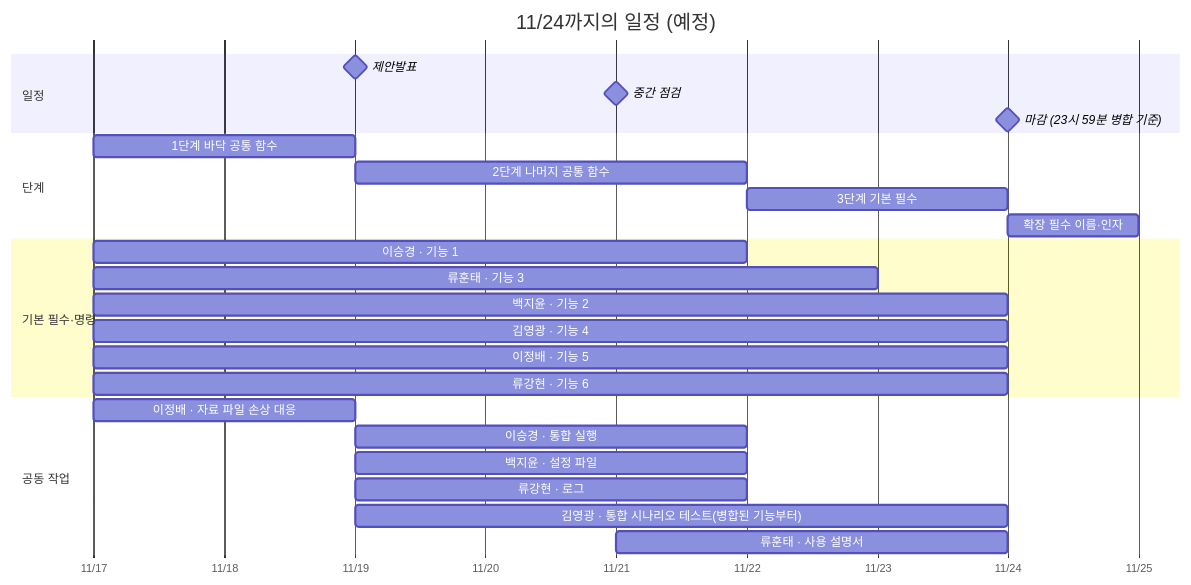
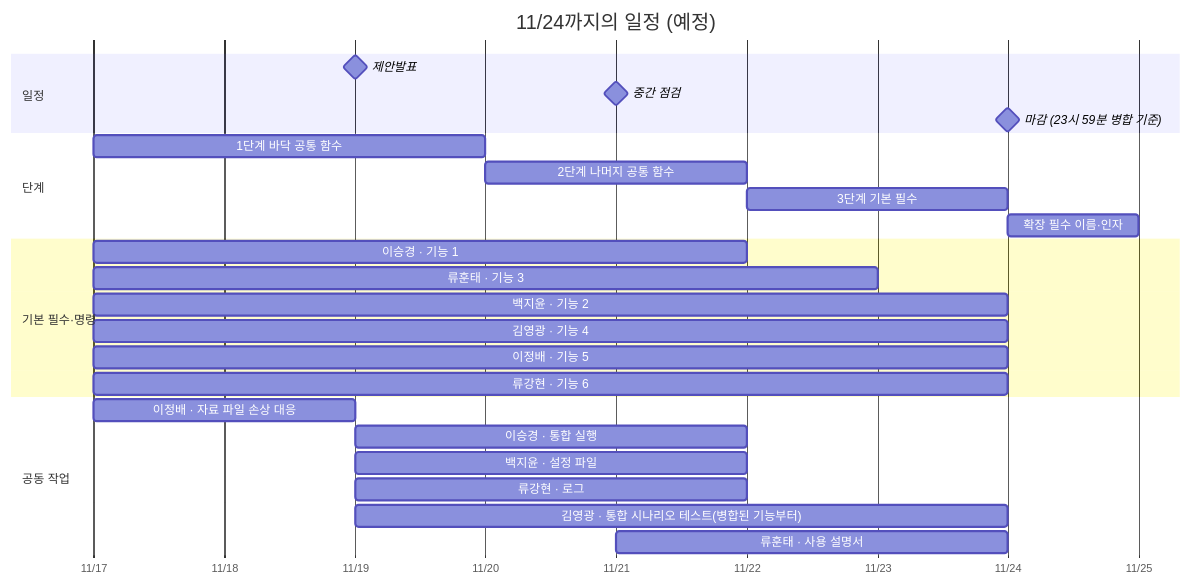
Before and after one commit to like-people/HI_PJ: the first of 2 diagrams in docs/제안발표.md, drawn with Mermaid. The commit also changed other lines of this file, not shown here.

````diff
--- a/docs/제안발표.md
+++ b/docs/제안발표.md
@@ -226,33 +226,33 @@
 ```mermaid
 gantt
     title 11/24까지의 일정 (예정)
     dateFormat YYYY-MM-DD
     axisFormat %m/%d
 
     section 일정
     제안발표                   :milestone, 2026-11-19, 0d
     중간 점검                   :milestone, 2026-11-21, 0d
     마감 (23시 59분 병합 기준)   :milestone, 2026-11-24, 0d
 
     section 단계
-    1단계 바닥 공통 함수         :s1, 2026-11-17, 2d
-    2단계 나머지 공통 함수       :s2, after s1, 3d
+    1단계 바닥 공통 함수         :s1, 2026-11-17, 3d
+    2단계 나머지 공통 함수       :s2, after s1, 2d
     3단계 기본 필수 :s3, after s2, 2d
     확장 필수 이름·인자          :s4, after s3, 1d
 
     section 기본 필수·명령
     이승경 · 기능 1             :2026-11-17, 5d
     류훈태 · 기능 3             :2026-11-17, 6d
     백지윤 · 기능 2             :2026-11-17, 7d
     김영광 · 기능 4             :2026-11-17, 7d
     이정배 · 기능 5             :2026-11-17, 7d
     류강현 · 기능 6             :2026-11-17, 7d
 
     section 공동 작업
     이정배 · 자료 파일 손상 대응  :2026-11-17, 2d
     이승경 · 통합 실행           :2026-11-19, 3d
     백지윤 · 설정 파일           :2026-11-19, 3d
     류강현 · 로그               :2026-11-19, 3d
     김영광 · 통합 시나리오 테스트(병합된 기능부터) :2026-11-19, 5d
     류훈태 · 사용 설명서         :2026-11-21, 3d
 ```
````
